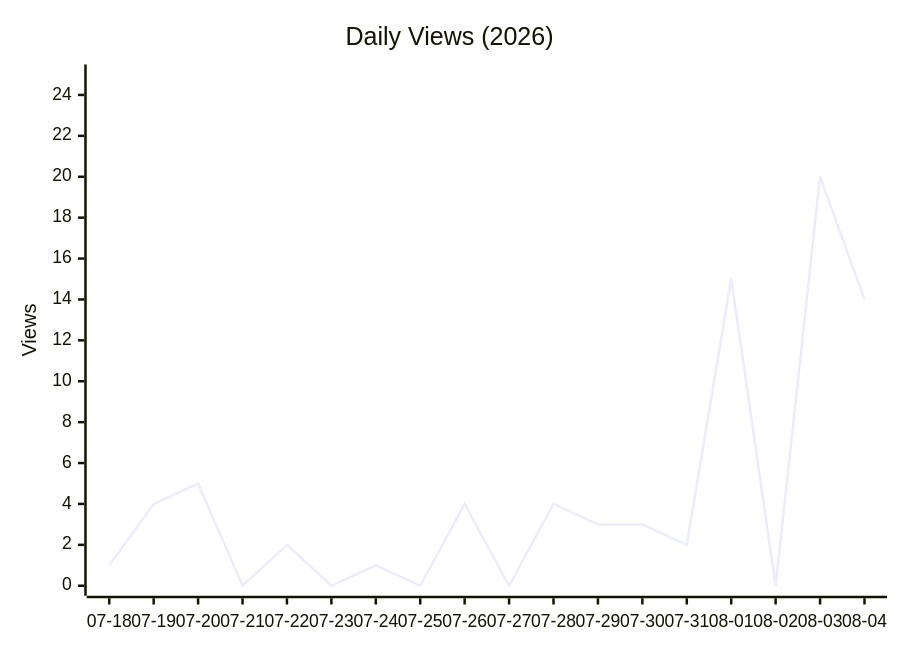
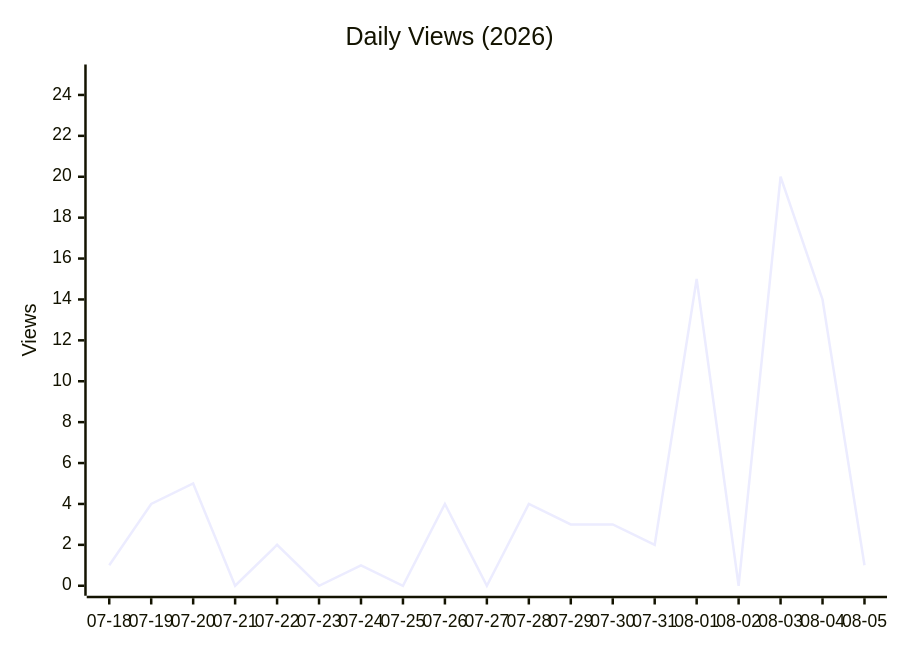
Before and after one commit to Architect-HA/Humai-Accord: the third of 4 diagrams in data/TRAFFIC_REPORT.md, drawn with Mermaid. The commit also changed other lines of this file and 1 other file, not shown here.

````diff
--- a/data/TRAFFIC_REPORT.md
+++ b/data/TRAFFIC_REPORT.md
@@ -32,7 +32,7 @@
 ```mermaid
 xychart-beta
     title "Daily Views (2026)"
-    x-axis ["07-18", "07-19", "07-20", "07-21", "07-22", "07-23", "07-24", "07-25", "07-26", "07-27", "07-28", "07-29", "07-30", "07-31", "08-01", "08-02", "08-03", "08-04"]
+    x-axis ["07-18", "07-19", "07-20", "07-21", "07-22", "07-23", "07-24", "07-25", "07-26", "07-27", "07-28", "07-29", "07-30", "07-31", "08-01", "08-02", "08-03", "08-04", "08-05"]
     y-axis "Views" 0 --> 25
-    line [1, 4, 5, 0, 2, 0, 1, 0, 4, 0, 4, 3, 3, 2, 15, 0, 20, 14]
+    line [1, 4, 5, 0, 2, 0, 1, 0, 4, 0, 4, 3, 3, 2, 15, 0, 20, 14, 1]
 ```
````
